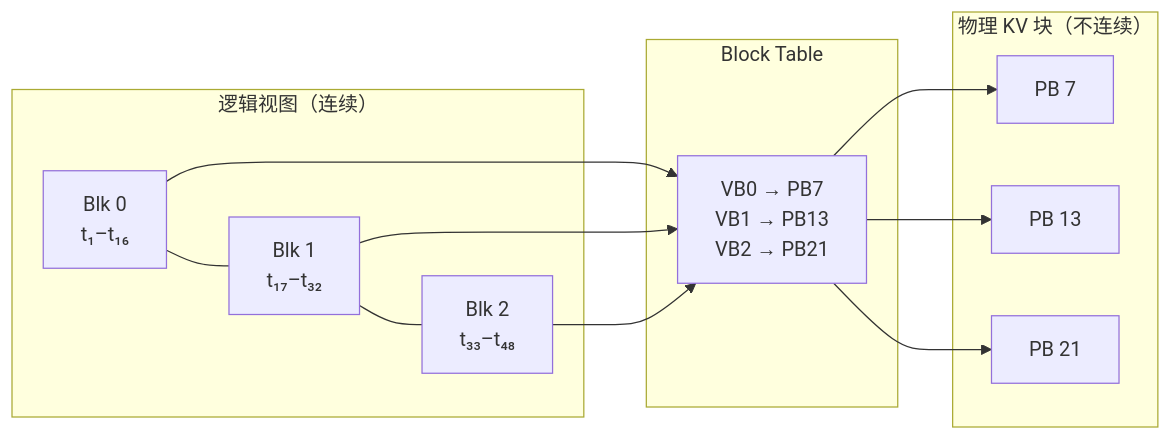
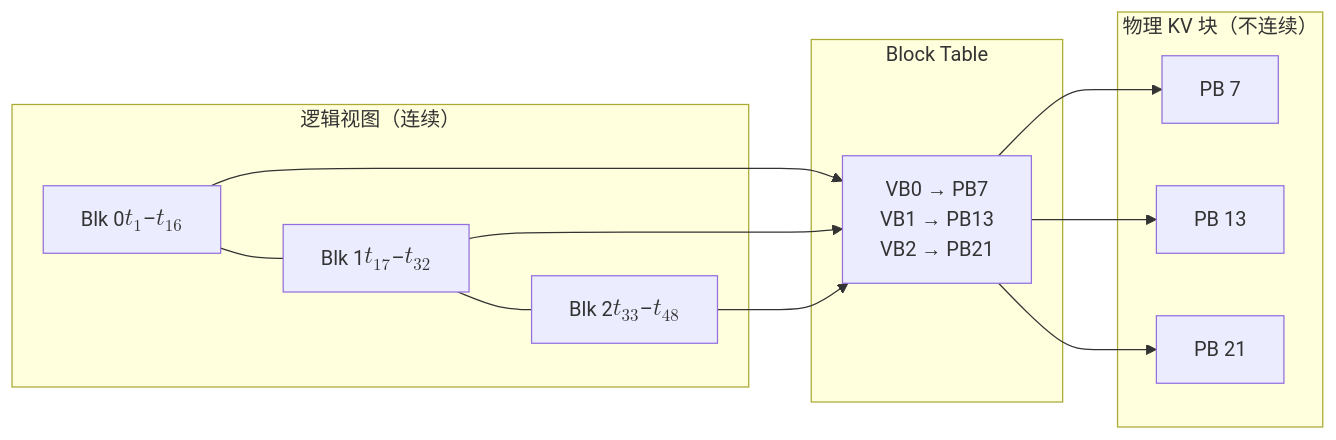
One commit to arganzheng/arganzheng.github.com changed the first of 3 diagrams in _posts/2026-08-16-kv-cache-memory-core.md. Above: the diagram before and after it, drawn with Mermaid.

Commit message:
vLLM（05）KV Cache：块的 token 范围改用 KaTeX 下标
PagedAttention 映射图的 t₁–t₁₆、t₁₇–t₃₂、t₃₃–t₄₈ 改为 $$t_1$$–$$t_{16}$$ 等：Unicode 下标在站点字体里被画成极小的字形。prefix caching 时序图里的 hash(t₁…t₁₆) 不改——sequenceDiagram 消息是 SVG 纯文本，放不了公式，<sub> 也会原样显示。MLA 图的 c_kv 是代码标识符，保持原样。

````diff
--- a/_posts/2026-08-16-kv-cache-memory-core.md
+++ b/_posts/2026-08-16-kv-cache-memory-core.md
@@ -82,19 +82,19 @@
 ```mermaid
 %% 图：页表思想的映射：逻辑块连续，Block Table 把它们映到不连续的物理 KV 块
 graph LR
     subgraph LOG["逻辑视图（连续）"]
-        B0["Blk 0<br/>t₁–t₁₆"] --- B1["Blk 1<br/>t₁₇–t₃₂"] --- B2["Blk 2<br/>t₃₃–t₄₈"]
+        B0["Blk 0<br/>$$t_1$$–$$t_{16}$$"] --- B1["Blk 1<br/>$$t_{17}$$–$$t_{32}$$"] --- B2["Blk 2<br/>$$t_{33}$$–$$t_{48}$$"]
     end
     subgraph BT["Block Table"]
         T["VB0 → PB7<br/>VB1 → PB13<br/>VB2 → PB21"]
     end
     subgraph PHY["物理 KV 块（不连续）"]
         P7["PB 7"]
         P13["PB 13"]
         P21["PB 21"]
     end
     B0 --> T
     B1 --> T
     B2 --> T
     T --> P7 & P13 & P21
 ```
````
